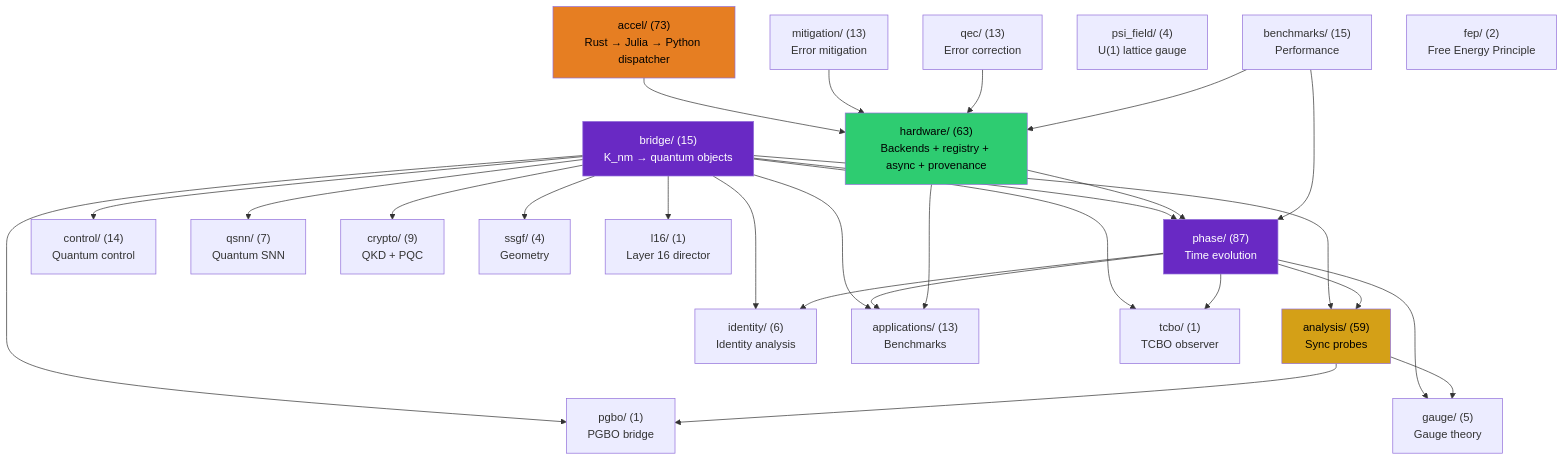
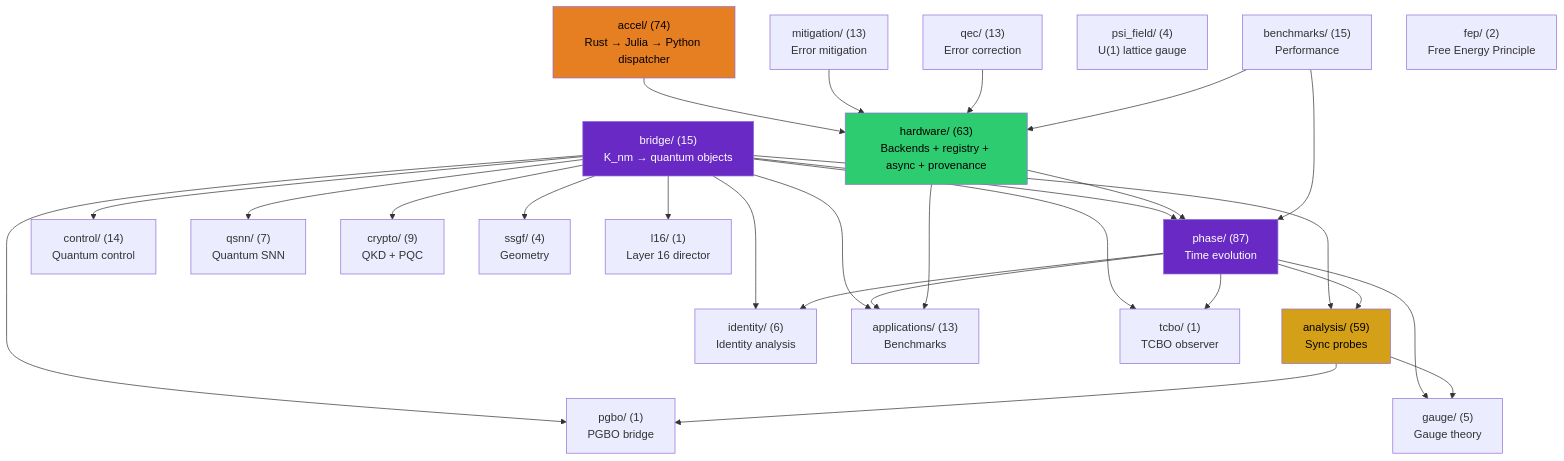
One commit to anulum/scpn-quantum-control changed the first of 4 diagrams in docs/architecture.md. Above: the diagram before and after it, drawn with Mermaid. The commit also changed 9 other files, not shown here.

````diff
--- a/docs/architecture.md
+++ b/docs/architecture.md
@@ -91,55 +91,55 @@
 ```mermaid
 graph TD
     bridge["bridge/ (15)\nK_nm → quantum objects"]
     phase["phase/ (87)\nTime evolution"]
     analysis["analysis/ (59)\nSync probes"]
     control["control/ (14)\nQuantum control"]
     qsnn["qsnn/ (7)\nQuantum SNN"]
     identity["identity/ (6)\nIdentity analysis"]
     hardware["hardware/ (63)\nBackends + registry + async + provenance"]
     mitigation["mitigation/ (13)\nError mitigation"]
     qec["qec/ (13)\nError correction"]
     gauge["gauge/ (5)\nGauge theory"]
     apps["applications/ (13)\nBenchmarks"]
     crypto["crypto/ (9)\nQKD + PQC"]
     benchmarks["benchmarks/ (15)\nPerformance"]
     ssgf["ssgf/ (4)\nGeometry"]
     psi_field["psi_field/ (4)\nU(1) lattice gauge"]
-    accel["accel/ (73)\nRust → Julia → Python dispatcher"]
+    accel["accel/ (74)\nRust → Julia → Python dispatcher"]
     fep["fep/ (2)\nFree Energy Principle"]
     tcbo["tcbo/ (1)\nTCBO observer"]
     pgbo["pgbo/ (1)\nPGBO bridge"]
     l16["l16/ (1)\nLayer 16 director"]
 
     bridge --> phase
     bridge --> analysis
     bridge --> control
     bridge --> qsnn
     bridge --> identity
     bridge --> apps
     bridge --> crypto
     bridge --> ssgf
     phase --> analysis
     phase --> identity
     phase --> apps
     phase --> gauge
     analysis --> gauge
     hardware --> phase
     hardware --> apps
     accel --> hardware
     mitigation --> hardware
     qec --> hardware
     benchmarks --> phase
     benchmarks --> hardware
     bridge --> tcbo
     bridge --> pgbo
     bridge --> l16
     phase --> tcbo
     analysis --> pgbo
 
     style bridge fill:#6929C4,color:#fff
     style analysis fill:#d4a017,color:#000
     style phase fill:#6929C4,color:#fff
     style hardware fill:#2ecc71,color:#000
     style accel fill:#e67e22,color:#000
 ```
````
